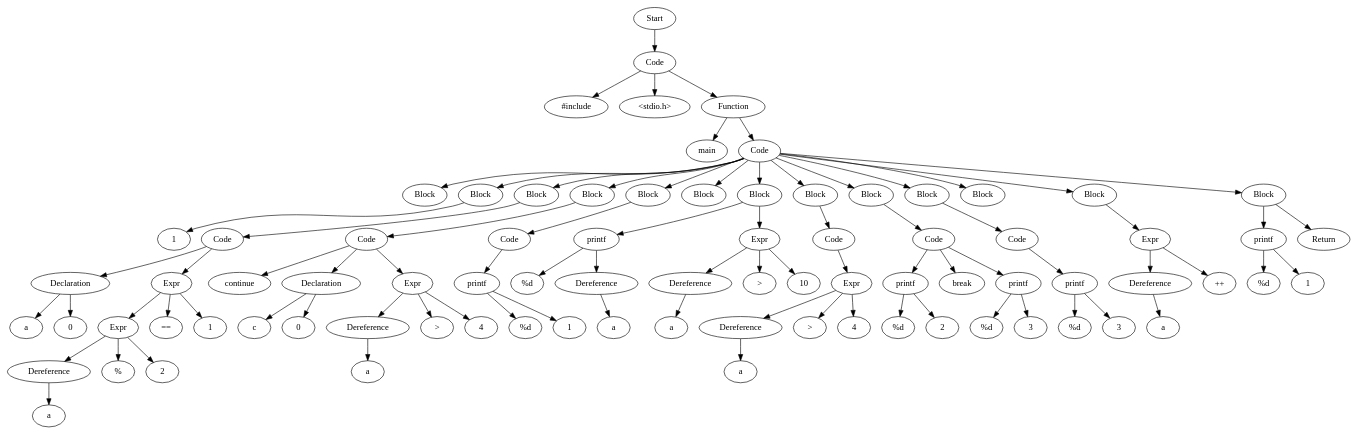
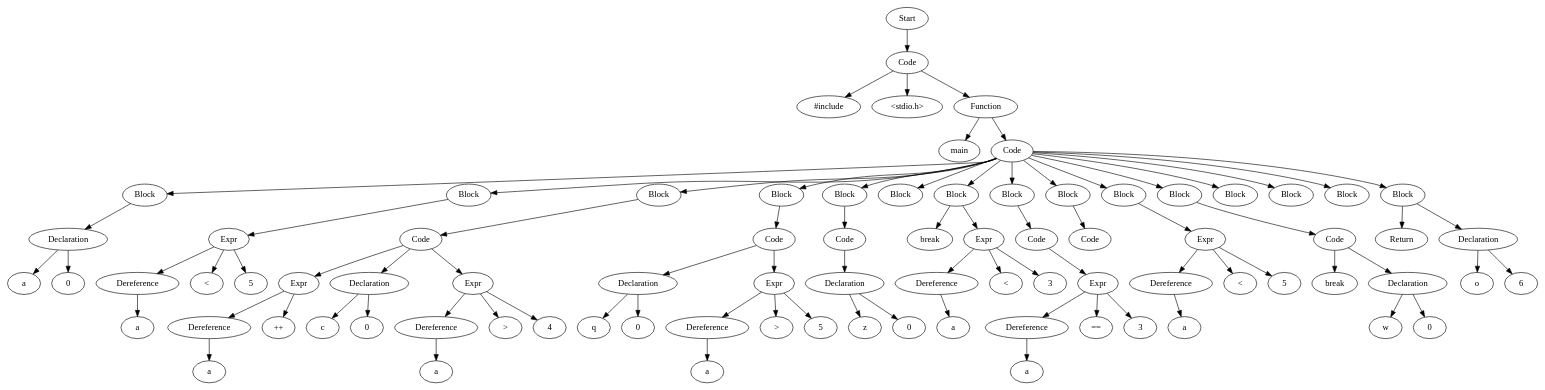
Before and after one commit to Are-you-listening/Compilers: the diagram in TestCases/ASTTests/DeadCodeRemoveTests/CreateTests/read_file_before.dot, drawn with Graphviz. The commit also changed 42 other files, not shown here.

```diff
--- a/TestCases/ASTTests/DeadCodeRemoveTests/CreateTests/read_file_before.dot
+++ b/TestCases/ASTTests/DeadCodeRemoveTests/CreateTests/read_file_before.dot
@@ -1,165 +1,167 @@
 digraph AST {
-  "131704119898128" [label="Start"];
-  "131704119898128" -> "131704120026656";
-  "131704120026656" [label="Code"];
-  "131704120026656" -> "131704120030352";
-  "131704120026656" -> "131704120022192";
-  "131704120026656" -> "131704120019456";
-  "131704120030352" [label="#include"];
-  "131704120022192" [label="<stdio.h>"];
-  "131704120019456" [label="Function"];
-  "131704120019456" -> "131704120028048";
-  "131704120019456" -> "131704120025600";
-  "131704120028048" [label="main"];
-  "131704120025600" [label="Code"];
-  "131704120025600" -> "131704120028240";
-  "131704120025600" -> "131704120031552";
-  "131704120025600" -> "131704120030304";
-  "131704120025600" -> "131704120017584";
-  "131704120025600" -> "131704120021376";
-  "131704120025600" -> "131704120024928";
-  "131704120025600" -> "131704120028960";
-  "131704120025600" -> "131704120032512";
-  "131704120025600" -> "131704120017776";
-  "131704120025600" -> "131704120029440";
-  "131704120025600" -> "131704120028192";
-  "131704120025600" -> "131704120032800";
-  "131704120025600" -> "131704120017968";
-  "131704120028240" [label="Block"];
-  "131704120031552" [label="Block"];
-  "131704120031552" -> "131704120030832";
-  "131704120030832" [label="1"];
-  "131704120030304" [label="Block"];
-  "131704120030304" -> "131704120024496";
-  "131704120024496" [label="Code"];
-  "131704120024496" -> "131704120021088";
-  "131704120024496" -> "131704120023536";
-  "131704120021088" [label="Declaration"];
-  "131704120021088" -> "131704120028288";
-  "131704120021088" -> "131704120025024";
-  "131704120028288" [label="a"];
-  "131704120025024" [label="0"];
-  "131704120023536" [label="Expr"];
-  "131704120023536" -> "131704120030928";
-  "131704120023536" -> "131704120023008";
-  "131704120023536" -> "131704120018880";
-  "131704120030928" [label="Expr"];
-  "131704120030928" -> "131704120017344";
-  "131704120030928" -> "131704120032848";
-  "131704120030928" -> "131704120019552";
-  "131704120017344" [label="Dereference"];
-  "131704120017344" -> "131704120020704";
-  "131704120020704" [label="a"];
-  "131704120032848" [label="%"];
-  "131704120019552" [label="2"];
-  "131704120023008" [label="=="];
-  "131704120018880" [label="1"];
-  "131704120017584" [label="Block"];
-  "131704120017584" -> "131704120021424";
-  "131704120021424" [label="Code"];
-  "131704120021424" -> "131704120028384";
-  "131704120021424" -> "131704120018016";
-  "131704120021424" -> "131704120020368";
-  "131704120028384" [label="continue"];
-  "131704120018016" [label="Declaration"];
-  "131704120018016" -> "131704120030112";
-  "131704120018016" -> "131704120025744";
-  "131704120030112" [label="c"];
-  "131704120025744" [label="0"];
-  "131704120020368" [label="Expr"];
-  "131704120020368" -> "131704120025984";
-  "131704120020368" -> "131704120021520";
-  "131704120020368" -> "131704120018352";
-  "131704120025984" [label="Dereference"];
-  "131704120025984" -> "131704120026896";
-  "131704120026896" [label="a"];
-  "131704120021520" [label=">"];
-  "131704120018352" [label="4"];
-  "131704120021376" [label="Block"];
-  "131704120021376" -> "131704120020608";
-  "131704120020608" [label="Code"];
-  "131704120020608" -> "131704120017920";
-  "131704120017920" [label="printf"];
-  "131704120017920" -> "131704120027280";
-  "131704120017920" -> "131704120017728";
-  "131704120027280" [label="%d"];
-  "131704120017728" [label="1"];
-  "131704120024928" [label="Block"];
-  "131704120028960" [label="Block"];
-  "131704120028960" -> "131704120027136";
-  "131704120028960" -> "131704120028672";
-  "131704120027136" [label="printf"];
-  "131704120027136" -> "131704120017488";
-  "131704120027136" -> "131704120022000";
-  "131704120017488" [label="%d"];
-  "131704120022000" [label="Dereference"];
-  "131704120022000" -> "131704120024064";
-  "131704120024064" [label="a"];
-  "131704120028672" [label="Expr"];
-  "131704120028672" -> "131704120017392";
-  "131704120028672" -> "131704120022384";
-  "131704120028672" -> "131704120029968";
-  "131704120017392" [label="Dereference"];
-  "131704120017392" -> "131704120022240";
-  "131704120022240" [label="a"];
-  "131704120022384" [label=">"];
-  "131704120029968" [label="10"];
-  "131704120032512" [label="Block"];
-  "131704120032512" -> "131704120020512";
-  "131704120020512" [label="Code"];
-  "131704120020512" -> "131704120031408";
-  "131704120031408" [label="Expr"];
-  "131704120031408" -> "131704120026608";
-  "131704120031408" -> "131704120031264";
-  "131704120031408" -> "131704120030640";
-  "131704120026608" [label="Dereference"];
-  "131704120026608" -> "131704120020128";
-  "131704120020128" [label="a"];
-  "131704120031264" [label=">"];
-  "131704120030640" [label="4"];
-  "131704120017776" [label="Block"];
-  "131704120017776" -> "131704120022096";
-  "131704120022096" [label="Code"];
-  "131704120022096" -> "131704120031024";
-  "131704120022096" -> "131704120019264";
-  "131704120022096" -> "131704120023584";
-  "131704120031024" [label="printf"];
-  "131704120031024" -> "131704120023152";
-  "131704120031024" -> "131704120021664";
-  "131704120023152" [label="%d"];
-  "131704120021664" [label="2"];
-  "131704120019264" [label="break"];
-  "131704120023584" [label="printf"];
-  "131704120023584" -> "131704118149184";
-  "131704120023584" -> "131704120020944";
-  "131704118149184" [label="%d"];
-  "131704120020944" [label="3"];
-  "131704120029440" [label="Block"];
-  "131704120029440" -> "131704120023776";
-  "131704120023776" [label="Code"];
-  "131704120023776" -> "131704120029104";
-  "131704120029104" [label="printf"];
-  "131704120029104" -> "131704118149232";
-  "131704120029104" -> "131704120028528";
-  "131704118149232" [label="%d"];
-  "131704120028528" [label="3"];
-  "131704120028192" [label="Block"];
-  "131704120032800" [label="Block"];
-  "131704120032800" -> "131704120020224";
-  "131704120020224" [label="Expr"];
-  "131704120020224" -> "131704120024544";
-  "131704120020224" -> "131704120028624";
-  "131704120024544" [label="Dereference"];
-  "131704120024544" -> "131704120020320";
-  "131704120020320" [label="a"];
-  "131704120028624" [label="++"];
-  "131704120017968" [label="Block"];
-  "131704120017968" -> "131704120028864";
-  "131704120017968" -> "131704120017056";
-  "131704120028864" [label="printf"];
-  "131704120028864" -> "131704118149280";
-  "131704120028864" -> "131704120026560";
-  "131704118149280" [label="%d"];
-  "131704120026560" [label="1"];
-  "131704120017056" [label="Return"];
+  "135171120310848" [label="Start"];
+  "135171120310848" -> "135171120313632";
+  "135171120313632" [label="Code"];
+  "135171120313632" -> "135171120314544";
+  "135171120313632" -> "135171120314592";
+  "135171120313632" -> "135171120314688";
+  "135171120314544" [label="#include"];
+  "135171120314592" [label="<stdio.h>"];
+  "135171120314688" [label="Function"];
+  "135171120314688" -> "135171120309744";
+  "135171120314688" -> "135171120307152";
+  "135171120309744" [label="main"];
+  "135171120307152" [label="Code"];
+  "135171120307152" -> "135171120468112";
+  "135171120307152" -> "135171120475696";
+  "135171120307152" -> "135171120476800";
+  "135171120307152" -> "135171120473776";
+  "135171120307152" -> "135171120476032";
+  "135171120307152" -> "135171120466144";
+  "135171120307152" -> "135171120468160";
+  "135171120307152" -> "135171120476368";
+  "135171120307152" -> "135171120464128";
+  "135171120307152" -> "135171120467968";
+  "135171120307152" -> "135171120466192";
+  "135171120307152" -> "135171120465280";
+  "135171120307152" -> "135171120464608";
+  "135171120307152" -> "135171120470608";
+  "135171120307152" -> "135171120469072";
+  "135171120468112" [label="Block"];
+  "135171120468112" -> "135171120312912";
+  "135171120312912" [label="Declaration"];
+  "135171120312912" -> "135171120474832";
+  "135171120312912" -> "135171120477952";
+  "135171120474832" [label="a"];
+  "135171120477952" [label="0"];
+  "135171120475696" [label="Block"];
+  "135171120475696" -> "135171120478240";
+  "135171120478240" [label="Expr"];
+  "135171120478240" -> "135171120477424";
+  "135171120478240" -> "135171120470848";
+  "135171120478240" -> "135171120465952";
+  "135171120477424" [label="Dereference"];
+  "135171120477424" -> "135171120476896";
+  "135171120476896" [label="a"];
+  "135171120470848" [label="<"];
+  "135171120465952" [label="5"];
+  "135171120476800" [label="Block"];
+  "135171120476800" -> "135171120478288";
+  "135171120478288" [label="Code"];
+  "135171120478288" -> "135171120478624";
+  "135171120478288" -> "135171120470464";
+  "135171120478288" -> "135171120468832";
+  "135171120478624" [label="Expr"];
+  "135171120478624" -> "135171120468544";
+  "135171120478624" -> "135171120465328";
+  "135171120468544" [label="Dereference"];
+  "135171120468544" -> "135171120464896";
+  "135171120464896" [label="a"];
+  "135171120465328" [label="++"];
+  "135171120470464" [label="Declaration"];
+  "135171120470464" -> "135171120466624";
+  "135171120470464" -> "135171120469216";
+  "135171120466624" [label="c"];
+  "135171120469216" [label="0"];
+  "135171120468832" [label="Expr"];
+  "135171120468832" -> "135171120471136";
+  "135171120468832" -> "135171120476560";
+  "135171120468832" -> "135171120473632";
+  "135171120471136" [label="Dereference"];
+  "135171120471136" -> "135171120479392";
+  "135171120479392" [label="a"];
+  "135171120476560" [label=">"];
+  "135171120473632" [label="4"];
+  "135171120473776" [label="Block"];
+  "135171120473776" -> "135171120465376";
+  "135171120465376" [label="Code"];
+  "135171120465376" -> "135171120473056";
+  "135171120465376" -> "135171120471712";
+  "135171120473056" [label="Declaration"];
+  "135171120473056" -> "135171120479584";
+  "135171120473056" -> "135171120467008";
+  "135171120479584" [label="q"];
+  "135171120467008" [label="0"];
+  "135171120471712" [label="Expr"];
+  "135171120471712" -> "135171120465232";
+  "135171120471712" -> "135171120466288";
+  "135171120471712" -> "135171120479680";
+  "135171120465232" [label="Dereference"];
+  "135171120465232" -> "135171120466048";
+  "135171120466048" [label="a"];
+  "135171120466288" [label=">"];
+  "135171120479680" [label="5"];
+  "135171120476032" [label="Block"];
+  "135171120476032" -> "135171120466432";
+  "135171120466432" [label="Code"];
+  "135171120466432" -> "135171120473440";
+  "135171120473440" [label="Declaration"];
+  "135171120473440" -> "135171120470896";
+  "135171120473440" -> "135171120477856";
+  "135171120470896" [label="z"];
+  "135171120477856" [label="0"];
+  "135171120466144" [label="Block"];
+  "135171120468160" [label="Block"];
+  "135171120468160" -> "135171120478720";
+  "135171120468160" -> "135171120471424";
+  "135171120478720" [label="break"];
+  "135171120471424" [label="Expr"];
+  "135171120471424" -> "135171120480160";
+  "135171120471424" -> "135171120473200";
+  "135171120471424" -> "135171120477904";
+  "135171120480160" [label="Dereference"];
+  "135171120480160" -> "135171120471376";
+  "135171120471376" [label="a"];
+  "135171120473200" [label="<"];
+  "135171120477904" [label="3"];
+  "135171120476368" [label="Block"];
+  "135171120476368" -> "135171120472672";
+  "135171120472672" [label="Code"];
+  "135171120472672" -> "135171120477664";
+  "135171120477664" [label="Expr"];
+  "135171120477664" -> "135171120465856";
+  "135171120477664" -> "135171120473296";
+  "135171120477664" -> "135171120464992";
+  "135171120465856" [label="Dereference"];
+  "135171120465856" -> "135171120464416";
+  "135171120464416" [label="a"];
+  "135171120473296" [label="=="];
+  "135171120464992" [label="3"];
+  "135171120464128" [label="Block"];
+  "135171120464128" -> "135171120463984";
+  "135171120463984" [label="Code"];
+  "135171120467968" [label="Block"];
+  "135171120467968" -> "135171120466768";
+  "135171120466768" [label="Expr"];
+  "135171120466768" -> "135171120478432";
+  "135171120466768" -> "135171120470080";
+  "135171120466768" -> "135171120479872";
+  "135171120478432" [label="Dereference"];
+  "135171120478432" -> "135171120470656";
+  "135171120470656" [label="a"];
+  "135171120470080" [label="<"];
+  "135171120479872" [label="5"];
+  "135171120466192" [label="Block"];
+  "135171120466192" -> "135171120473920";
+  "135171120473920" [label="Code"];
+  "135171120473920" -> "135171120474112";
+  "135171120473920" -> "135171120480208";
+  "135171120474112" [label="break"];
+  "135171120480208" [label="Declaration"];
+  "135171120480208" -> "135171120463936";
+  "135171120480208" -> "135171120476224";
+  "135171120463936" [label="w"];
+  "135171120476224" [label="0"];
+  "135171120465280" [label="Block"];
+  "135171120464608" [label="Block"];
+  "135171120470608" [label="Block"];
+  "135171120469072" [label="Block"];
+  "135171120469072" -> "135171120479968";
+  "135171120469072" -> "135171120475984";
+  "135171120479968" [label="Return"];
+  "135171120475984" [label="Declaration"];
+  "135171120475984" -> "135171120473680";
+  "135171120475984" -> "135171120470752";
+  "135171120473680" [label="o"];
+  "135171120470752" [label="6"];
 }
```
